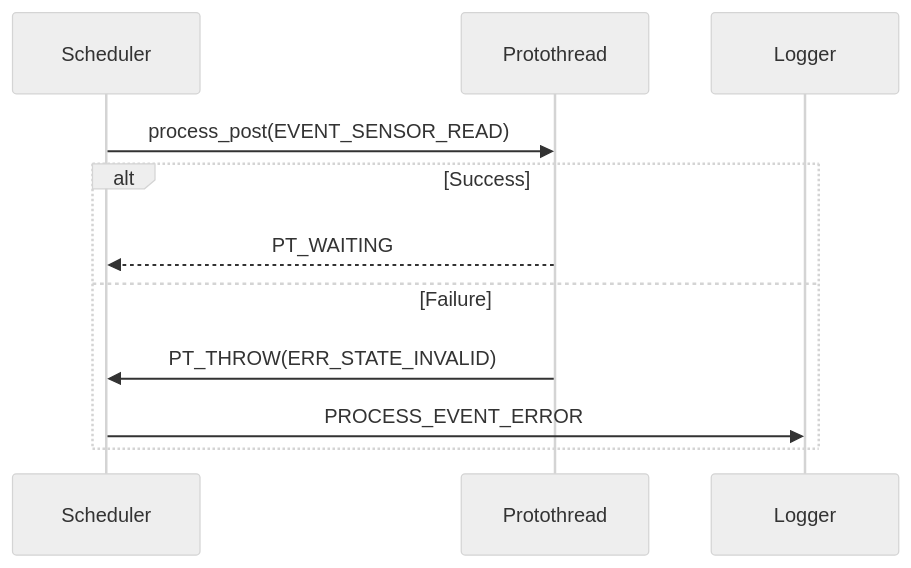
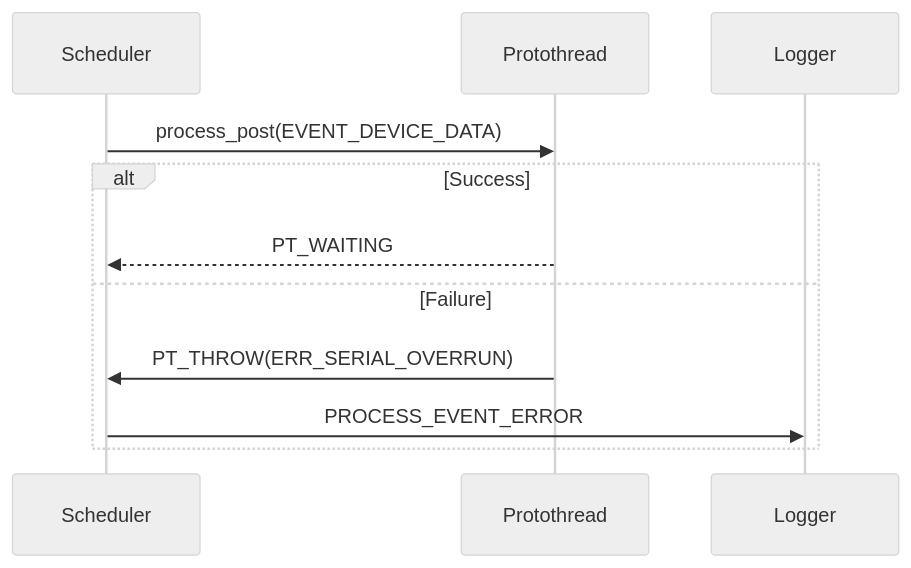
Before and after one commit to jklarenbeek/protoduino: the third of 3 diagrams in docs/ontology.md, drawn with Mermaid (neutral theme). The commit also changed other lines of this file and 18 other files, not shown here.

````diff
--- a/docs/ontology.md
+++ b/docs/ontology.md
@@ -266,12 +287,12 @@
 ```mermaid
 sequenceDiagram
     participant Scheduler
     participant Protothread
-    Scheduler->>Protothread: process_post(EVENT_SENSOR_READ)
+    Scheduler->>Protothread: process_post(EVENT_DEVICE_DATA)
     alt Success
         Protothread-->>Scheduler: PT_WAITING
     else Failure
-        Protothread->>Scheduler: PT_THROW(ERR_STATE_INVALID)
+        Protothread->>Scheduler: PT_THROW(ERR_SERIAL_OVERRUN)
         Scheduler->>Logger: PROCESS_EVENT_ERROR
     end
 ```
````
